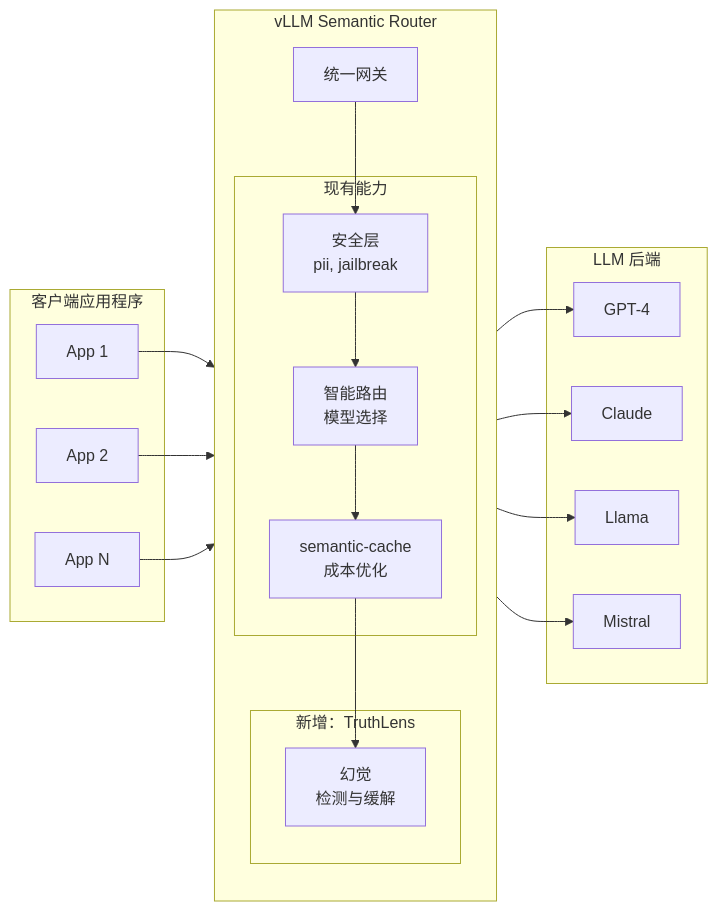
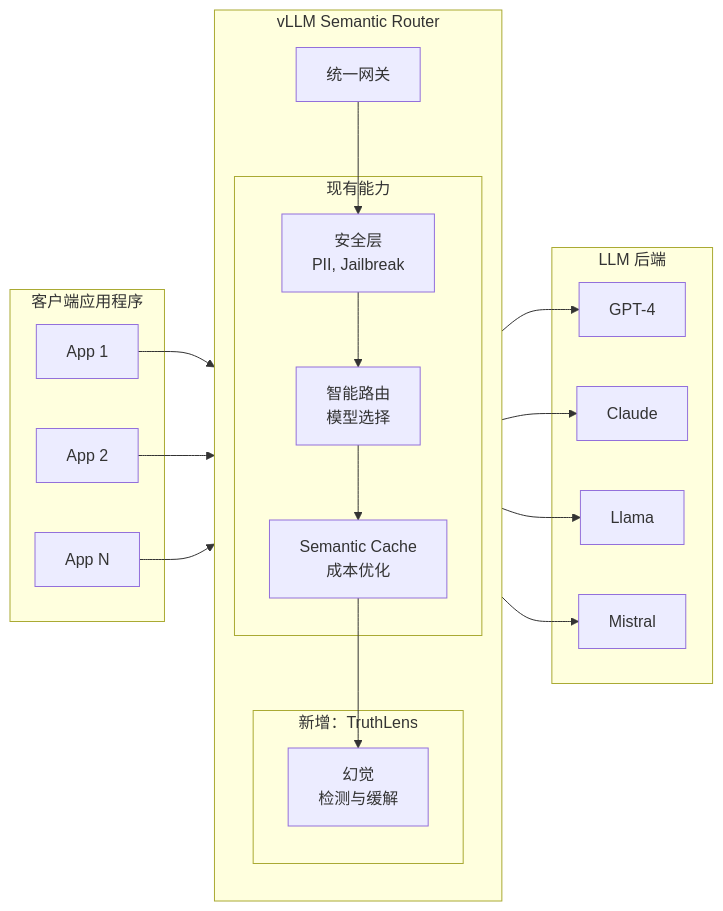
The second of 7 diagrams in website/i18n/zh-Hans/docusaurus-plugin-content-docs/current/proposals/hallucination-mitigation-milestone.md (vllm-project/semantic-router), drawn with Mermaid before and after one commit. The commit also changed other lines of this file and 3 other files, not shown here.

````diff
--- a/website/i18n/zh-Hans/docusaurus-plugin-content-docs/current/proposals/hallucination-mitigation-milestone.md
+++ b/website/i18n/zh-Hans/docusaurus-plugin-content-docs/current/proposals/hallucination-mitigation-milestone.md
@@ -72,44 +65,44 @@
 ```mermaid
 flowchart LR
     subgraph "客户端应用程序"
         APP1[App 1]
         APP2[App 2]
         APP3[App N]
     end
 
     subgraph "vLLM Semantic Router"
         direction TB
         GW[统一网关]
 
         subgraph "现有能力"
-            SEC[安全层<br/>pii, jailbreak]
+            SEC[安全层<br/>PII, Jailbreak]
             ROUTE[智能路由<br/>模型选择]
-            CACHE[semantic-cache<br/>成本优化]
+            CACHE[Semantic Cache<br/>成本优化]
         end
 
         subgraph "新增：TruthLens"
             HALL[幻觉<br/>检测与缓解]
         end
     end
 
     subgraph "LLM 后端"
         LLM1[GPT-4]
         LLM2[Claude]
         LLM3[Llama]
         LLM4[Mistral]
     end
 
     APP1 --> GW
     APP2 --> GW
     APP3 --> GW
 
     GW --> SEC
     SEC --> ROUTE
     ROUTE --> CACHE
     CACHE --> HALL
 
     HALL --> LLM1
     HALL --> LLM2
     HALL --> LLM3
     HALL --> LLM4
 ```
````
